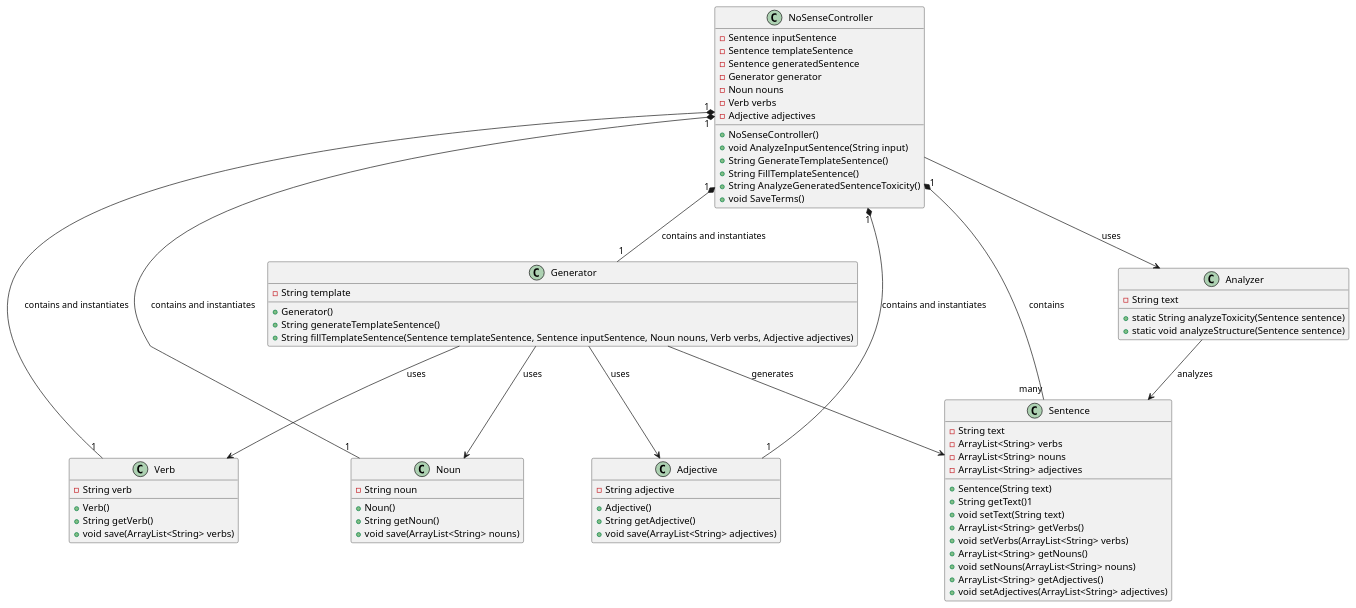
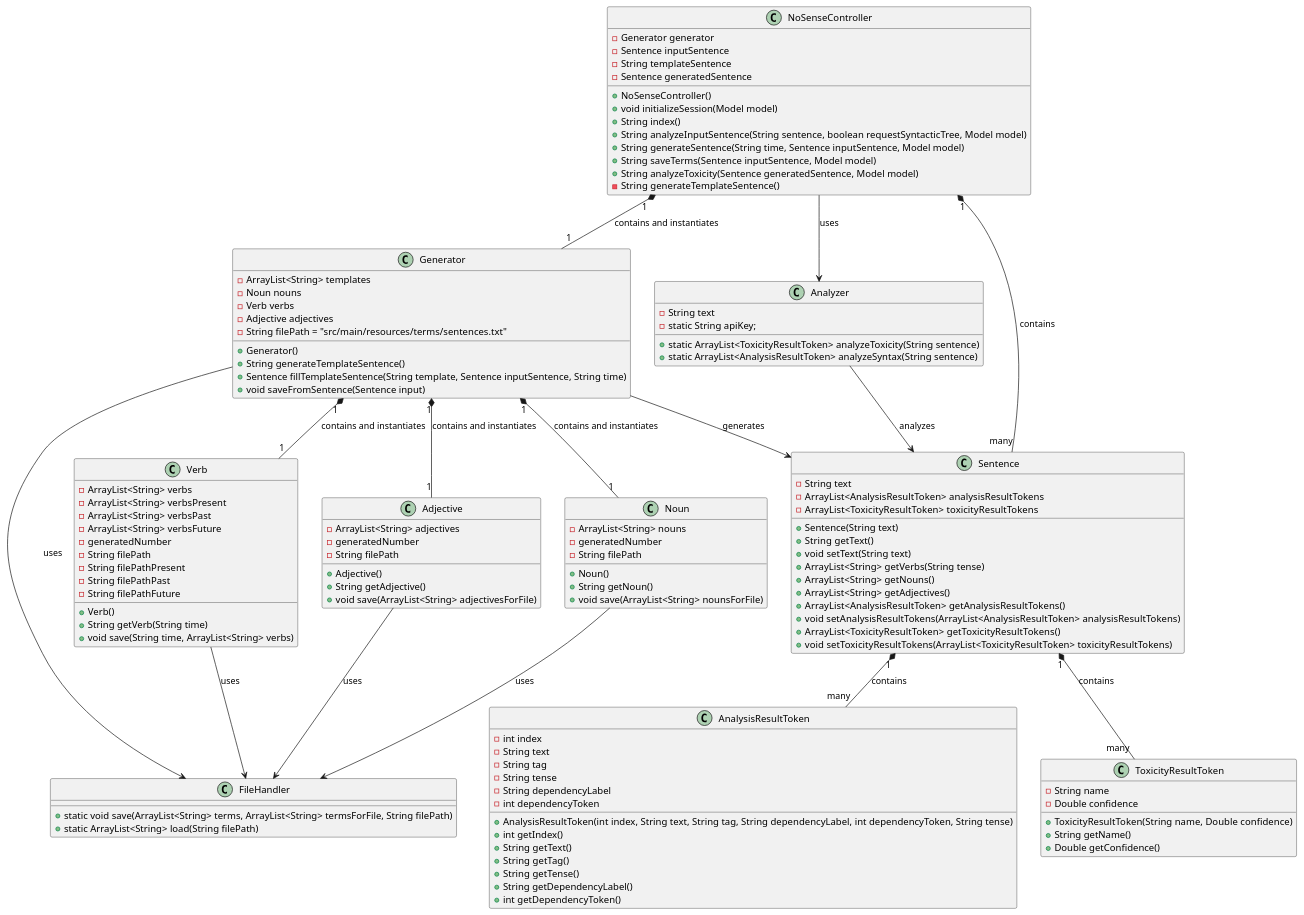
Before and after one commit to Giovi2004/NoSenseGenerator: the diagram in docs/diagramsSource/classdiagram.pu, drawn with PlantUML. The commit also changed 6 other files, not shown here.

Commit message:
EDIT - aggiornato class diagram

```diff
--- a/docs/diagramsSource/classdiagram.pu
+++ b/docs/diagramsSource/classdiagram.pu
@@ -1,75 +1,125 @@
 @startuml
 class NoSenseController {
+    -Generator generator
     -Sentence inputSentence
-    -Sentence templateSentence
+    -String templateSentence
     -Sentence generatedSentence
-    -Generator generator
+    +NoSenseController()
+    +void initializeSession(Model model)
+    +String index()
+    +String analyzeInputSentence(String sentence, boolean requestSyntacticTree, Model model)
+    +String generateSentence(String time, Sentence inputSentence, Model model)
+    +String saveTerms(Sentence inputSentence, Model model)
+    +String analyzeToxicity(Sentence generatedSentence, Model model)
+    -String generateTemplateSentence()
+}
+
+class Noun {
+    -ArrayList<String> nouns
+    -generatedNumber
+    -String filePath
+    +Noun()
+    +String getNoun()
+    +void save(ArrayList<String> nounsForFile)
+}
+class Verb {
+    -ArrayList<String> verbs
+    -ArrayList<String> verbsPresent
+    -ArrayList<String> verbsPast
+    -ArrayList<String> verbsFuture
+    -generatedNumber
+    -String filePath
+    -String filePathPresent
+    -String filePathPast
+    -String filePathFuture
+    +Verb()
+    +String getVerb(String time)
+    +void save(String time, ArrayList<String> verbs)
+}
+class Adjective {
+    -ArrayList<String> adjectives
+    -generatedNumber
+    -String filePath
+    +Adjective()
+    +String getAdjective()
+    +void save(ArrayList<String> adjectivesForFile)
+}
+class Sentence {
+    -String text
+    -ArrayList<AnalysisResultToken> analysisResultTokens
+    -ArrayList<ToxicityResultToken> toxicityResultTokens
+    +Sentence(String text)
+    +String getText()
+    +void setText(String text)
+    +ArrayList<String> getVerbs(String tense)
+    +ArrayList<String> getNouns()
+    +ArrayList<String> getAdjectives()
+    +ArrayList<AnalysisResultToken> getAnalysisResultTokens()
+    +void setAnalysisResultTokens(ArrayList<AnalysisResultToken> analysisResultTokens)
+    +ArrayList<ToxicityResultToken> getToxicityResultTokens()
+    +void setToxicityResultTokens(ArrayList<ToxicityResultToken> toxicityResultTokens)
+}
+
+class Generator {
+    -ArrayList<String> templates
     -Noun nouns
     -Verb verbs
     -Adjective adjectives
-    +NoSenseController()
-    +void AnalyzeInputSentence(String input)
-    +String GenerateTemplateSentence()
-    +String FillTemplateSentence()
-    +String AnalyzeGeneratedSentenceToxicity()
-    +void SaveTerms()
+    -String filePath = "src/main/resources/terms/sentences.txt"
+    +Generator()
+    +String generateTemplateSentence()
+    +Sentence fillTemplateSentence(String template, Sentence inputSentence, String time)
+    +void saveFromSentence(Sentence input)
 }
 
-class Noun {
-    -String noun
-    +Noun()
-    +String getNoun()
-    +void save(ArrayList<String> nouns)
-}
-class Verb {
-    -String verb
-    +Verb()
-    +String getVerb()
-    +void save(ArrayList<String> verbs)
-}
-class Adjective {
-    -String adjective
-    +Adjective()
-    +String getAdjective()
-    +void save(ArrayList<String> adjectives)
-}
-class Sentence {
-    -String text
-    -ArrayList<String> verbs
-    -ArrayList<String> nouns
-    -ArrayList<String> adjectives
-    +Sentence(String text)
-    +String getText()1
-    +void setText(String text)
-    +ArrayList<String> getVerbs()
-    +void setVerbs(ArrayList<String> verbs)
-    +ArrayList<String> getNouns()
-    +void setNouns(ArrayList<String> nouns)
-    +ArrayList<String> getAdjectives()
-    +void setAdjectives(ArrayList<String> adjectives)
-}
-class Generator {
-    -String template
-    +Generator()
-    +String generateTemplateSentence()
-    +String fillTemplateSentence(Sentence templateSentence, Sentence inputSentence, Noun nouns, Verb verbs, Adjective adjectives)
-}
 class Analyzer {
     -String text
-    +static String analyzeToxicity(Sentence sentence)
-    +static void analyzeStructure(Sentence sentence)
+    -static String apiKey;
+    +static ArrayList<ToxicityResultToken> analyzeToxicity(String sentence)
+    +static ArrayList<AnalysisResultToken> analyzeSyntax(String sentence)
+}
+class AnalysisResultToken {
+    -int index
+    -String text
+    -String tag
+    -String tense
+    -String dependencyLabel
+    -int dependencyToken
+    +AnalysisResultToken(int index, String text, String tag, String dependencyLabel, int dependencyToken, String tense)
+    +int getIndex()
+    +String getText()
+    +String getTag()
+    +String getTense()
+    +String getDependencyLabel()
+    +int getDependencyToken()
 }
 
+class FileHandler {
+    +static void save(ArrayList<String> terms, ArrayList<String> termsForFile, String filePath)
+    +static ArrayList<String> load(String filePath)
+}
+class ToxicityResultToken {
+    -String name
+    -Double confidence
+    +ToxicityResultToken(String name, Double confidence)
+    +String getName()
+    +Double getConfidence()
+}
+
+
 NoSenseController "1" *-- "many" Sentence : contains
-Generator --> Noun : uses
-Generator --> Verb : uses
-Generator --> Adjective : uses
 Generator -->Sentence : generates
 NoSenseController --> Analyzer : uses
 Analyzer --> Sentence : analyzes
-NoSenseController "1" *-- "1" Noun : contains and instantiates
-NoSenseController "1" *-- "1" Verb : contains and instantiates
-NoSenseController "1" *-- "1" Adjective : contains and instantiates
+Generator "1" *-- "1" Noun : contains and instantiates
+Generator "1" *-- "1" Verb : contains and instantiates
+Generator "1" *-- "1" Adjective : contains and instantiates
 NoSenseController "1" *-- "1" Generator : contains and instantiates
+Noun  --> FileHandler : uses
+Verb  --> FileHandler : uses
+Adjective  --> FileHandler : uses
+Generator  --> FileHandler : uses
+Sentence "1" *-- "many" AnalysisResultToken : contains
+Sentence "1" *-- "many" ToxicityResultToken : contains
 
 @enduml
```
